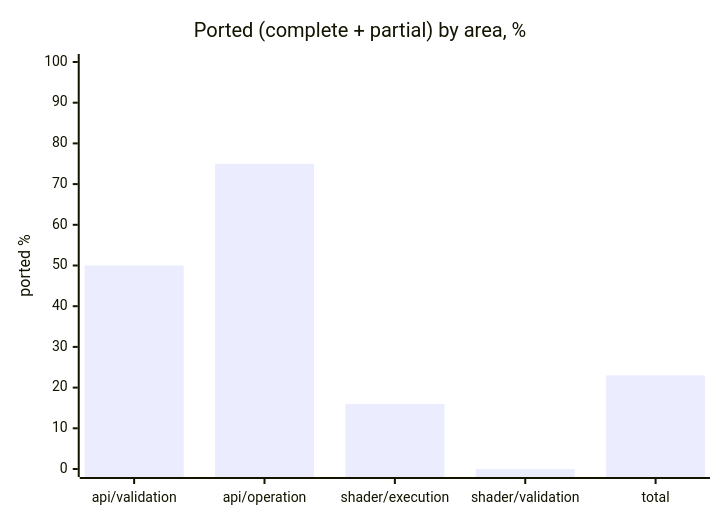
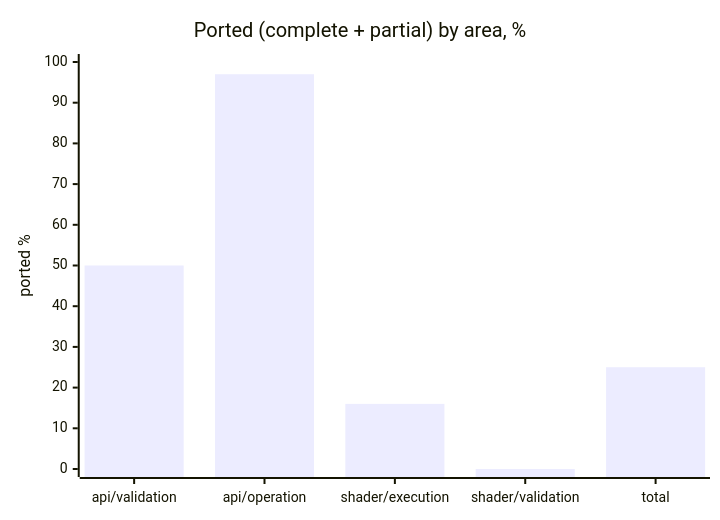
The second of 2 diagrams in README.md (infosia/webgpu-native-cts), drawn with Mermaid before and after one commit. The commit also changed other lines of this file and 18 other files, not shown here.

````diff
--- a/README.md
+++ b/README.md
@@ -104,7 +104,7 @@
 ```mermaid
 xychart-beta
     title "Ported (complete + partial) by area, %"
     x-axis ["api/validation", "api/operation", "shader/execution", "shader/validation", "total"]
     y-axis "ported %" 0 --> 100
-    bar [50, 75, 16, 0, 23]
+    bar [50, 97, 16, 0, 25]
 ```
````
